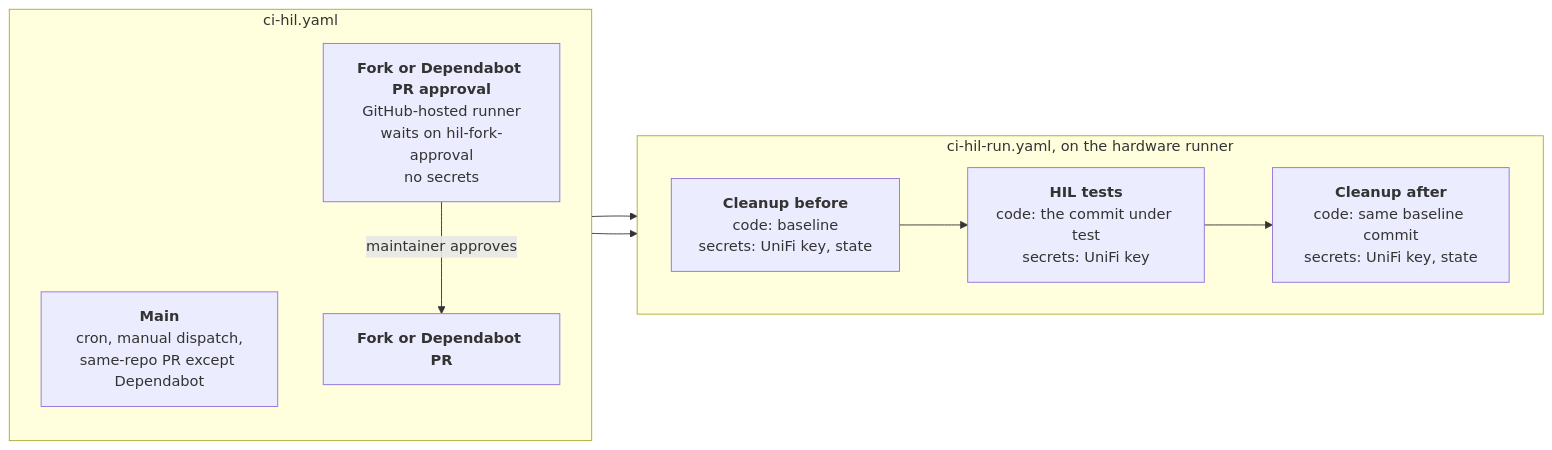
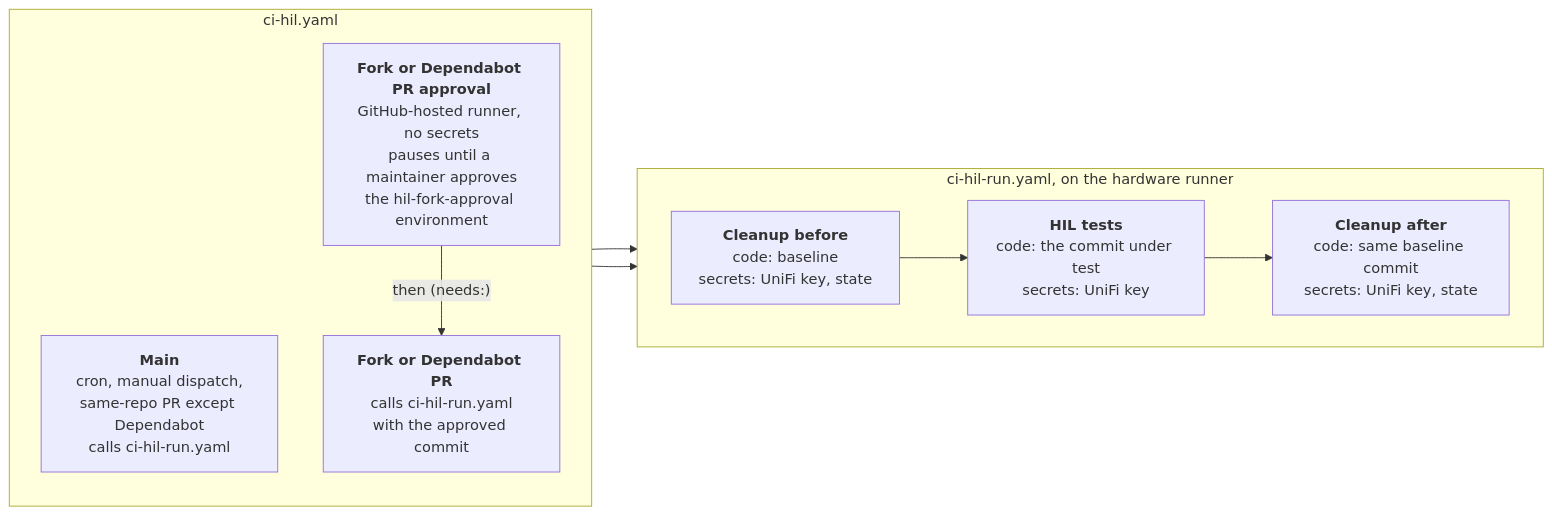
One commit to alexklibisz/terraform-provider-terrifi changed the first of 2 diagrams in hardware-testing/SECURITY.md. Above: the diagram before and after it, drawn with Mermaid.

Commit message:
Clarify the HIL routing diagram

````diff
--- a/hardware-testing/SECURITY.md
+++ b/hardware-testing/SECURITY.md
@@ -34,21 +34,21 @@
 ```mermaid
 flowchart LR
     subgraph routing["ci-hil.yaml"]
         direction TB
-        trusted["<b>Main</b><br/>cron, manual dispatch,<br/>same-repo PR except Dependabot"]
-        approval["<b>Fork or Dependabot PR approval</b><br/>GitHub-hosted runner<br/>waits on hil-fork-approval<br/>no secrets"]
-        fork["<b>Fork or Dependabot PR</b>"]
-        approval -->|maintainer approves| fork
+        trusted["<b>Main</b><br/>cron, manual dispatch,<br/>same-repo PR except Dependabot<br/>calls ci-hil-run.yaml"]
+        approval["<b>Fork or Dependabot PR approval</b><br/>GitHub-hosted runner, no secrets<br/>pauses until a maintainer approves<br/>the hil-fork-approval environment"]
+        fork["<b>Fork or Dependabot PR</b><br/>calls ci-hil-run.yaml<br/>with the approved commit"]
+        approval -->|"then (needs:)"| fork
     end
 
     subgraph run["ci-hil-run.yaml, on the hardware runner"]
         direction LR
         before["<b>Cleanup before</b><br/>code: baseline<br/>secrets: UniFi key, state"]
         tests["<b>HIL tests</b><br/>code: the commit under test<br/>secrets: UniFi key"]
         after["<b>Cleanup after</b><br/>code: same baseline commit<br/>secrets: UniFi key, state"]
         before --> tests --> after
     end
 
     trusted --> run
     fork --> run
 ```
````
